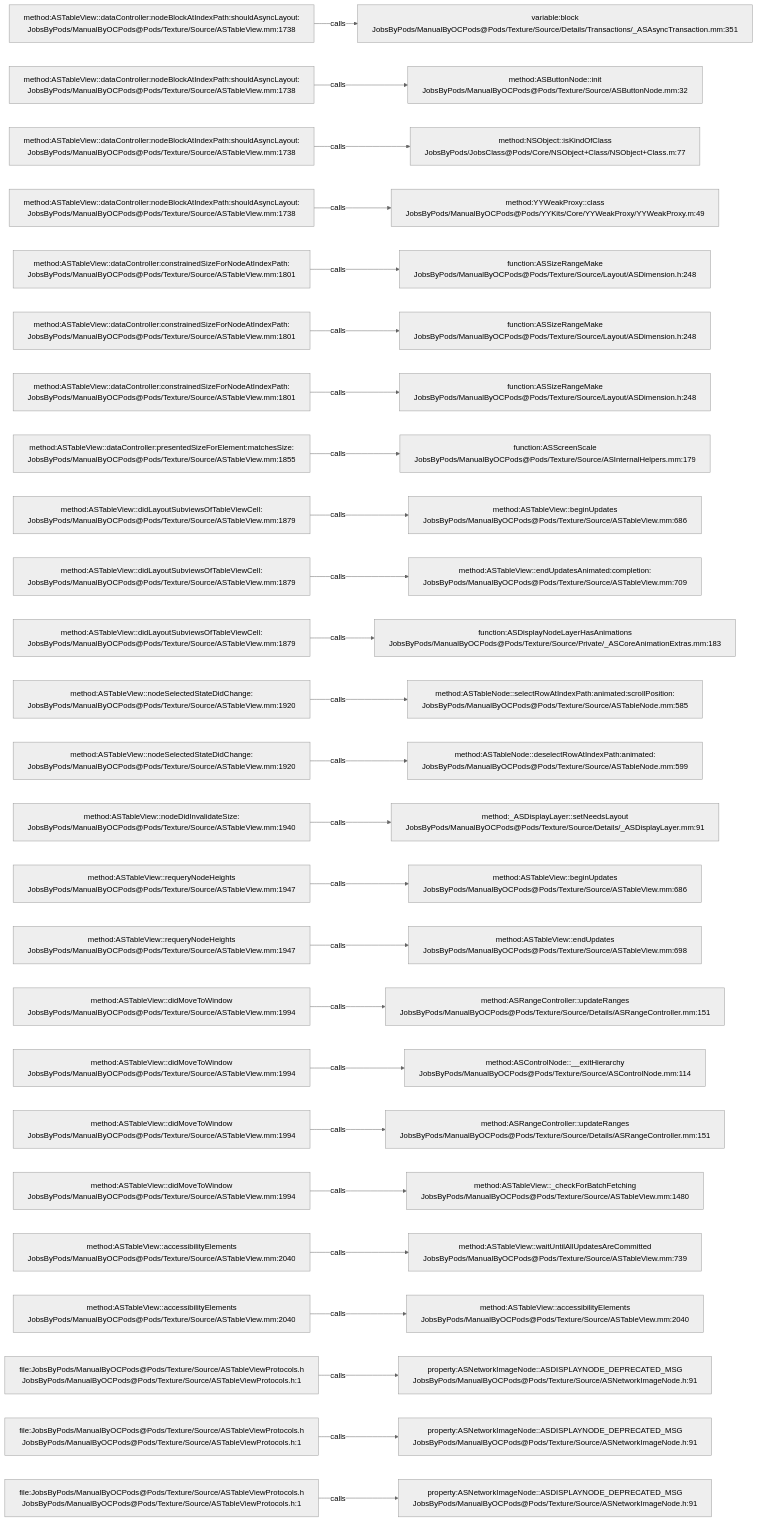
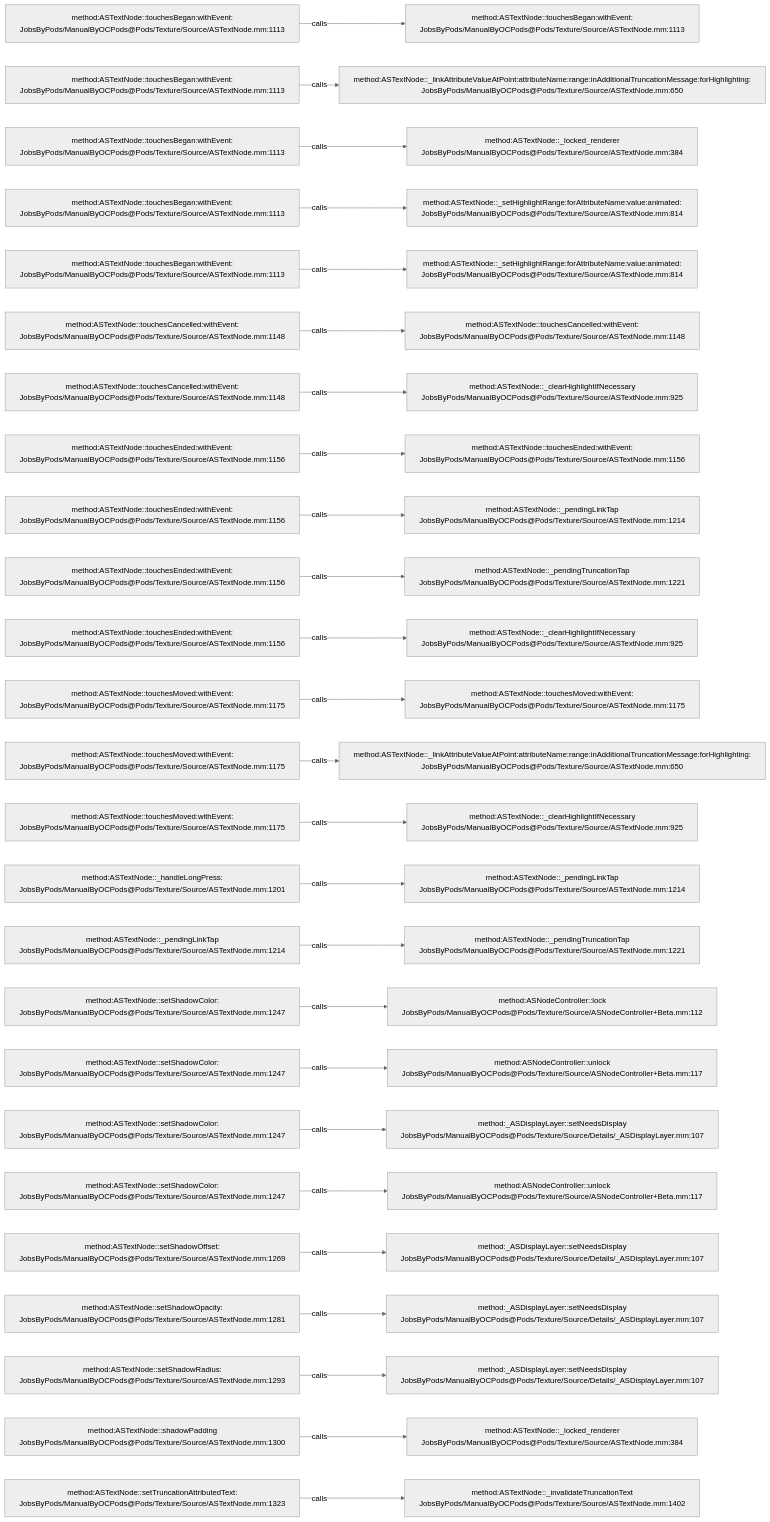
Before and after one commit to JobsKits/JobsOCBaseConfigDemo: the diagram in .codegraph/codegraph.md/graphs/calls-129.md, drawn with Mermaid (neutral theme). The commit also changed 1448 other files, not shown here.

````diff
--- a/.codegraph/codegraph.md/graphs/calls-129.md
+++ b/.codegraph/codegraph.md/graphs/calls-129.md
@@ -13,78 +13,78 @@
 ```mermaid
 flowchart LR
-  S1["method:ASTableView::dataController:nodeBlockAtIndexPath:shouldAsyncLayout:<br/>JobsByPods/ManualByOCPods@Pods/Texture/Source/ASTableView.mm:1738"]
-  T1["variable:block<br/>JobsByPods/ManualByOCPods@Pods/Texture/Source/Details/Transactions/_ASAsyncTransaction.mm:351"]
+  S1["method:ASTextNode::touchesBegan:withEvent:<br/>JobsByPods/ManualByOCPods@Pods/Texture/Source/ASTextNode.mm:1113"]
+  T1["method:ASTextNode::touchesBegan:withEvent:<br/>JobsByPods/ManualByOCPods@Pods/Texture/Source/ASTextNode.mm:1113"]
   S1 -->|calls| T1
-  S2["method:ASTableView::dataController:nodeBlockAtIndexPath:shouldAsyncLayout:<br/>JobsByPods/ManualByOCPods@Pods/Texture/Source/ASTableView.mm:1738"]
-  T2["method:ASButtonNode::init<br/>JobsByPods/ManualByOCPods@Pods/Texture/Source/ASButtonNode.mm:32"]
+  S2["method:ASTextNode::touchesBegan:withEvent:<br/>JobsByPods/ManualByOCPods@Pods/Texture/Source/ASTextNode.mm:1113"]
+  T2["method:ASTextNode::_linkAttributeValueAtPoint:attributeName:range:inAdditionalTruncationMessage:forHighlighting:<br/>JobsByPods/ManualByOCPods@Pods/Texture/Source/ASTextNode.mm:650"]
   S2 -->|calls| T2
-  S3["method:ASTableView::dataController:nodeBlockAtIndexPath:shouldAsyncLayout:<br/>JobsByPods/ManualByOCPods@Pods/Texture/Source/ASTableView.mm:1738"]
-  T3["method:NSObject::isKindOfClass<br/>JobsByPods/JobsClass@Pods/Core/NSObject+Class/NSObject+Class.m:77"]
+  S3["method:ASTextNode::touchesBegan:withEvent:<br/>JobsByPods/ManualByOCPods@Pods/Texture/Source/ASTextNode.mm:1113"]
+  T3["method:ASTextNode::_locked_renderer<br/>JobsByPods/ManualByOCPods@Pods/Texture/Source/ASTextNode.mm:384"]
   S3 -->|calls| T3
-  S4["method:ASTableView::dataController:nodeBlockAtIndexPath:shouldAsyncLayout:<br/>JobsByPods/ManualByOCPods@Pods/Texture/Source/ASTableView.mm:1738"]
-  T4["method:YYWeakProxy::class<br/>JobsByPods/ManualByOCPods@Pods/YYKits/Core/YYWeakProxy/YYWeakProxy.m:49"]
+  S4["method:ASTextNode::touchesBegan:withEvent:<br/>JobsByPods/ManualByOCPods@Pods/Texture/Source/ASTextNode.mm:1113"]
+  T4["method:ASTextNode::_setHighlightRange:forAttributeName:value:animated:<br/>JobsByPods/ManualByOCPods@Pods/Texture/Source/ASTextNode.mm:814"]
   S4 -->|calls| T4
-  S5["method:ASTableView::dataController:constrainedSizeForNodeAtIndexPath:<br/>JobsByPods/ManualByOCPods@Pods/Texture/Source/ASTableView.mm:1801"]
-  T5["function:ASSizeRangeMake<br/>JobsByPods/ManualByOCPods@Pods/Texture/Source/Layout/ASDimension.h:248"]
+  S5["method:ASTextNode::touchesBegan:withEvent:<br/>JobsByPods/ManualByOCPods@Pods/Texture/Source/ASTextNode.mm:1113"]
+  T5["method:ASTextNode::_setHighlightRange:forAttributeName:value:animated:<br/>JobsByPods/ManualByOCPods@Pods/Texture/Source/ASTextNode.mm:814"]
   S5 -->|calls| T5
-  S6["method:ASTableView::dataController:constrainedSizeForNodeAtIndexPath:<br/>JobsByPods/ManualByOCPods@Pods/Texture/Source/ASTableView.mm:1801"]
-  T6["function:ASSizeRangeMake<br/>JobsByPods/ManualByOCPods@Pods/Texture/Source/Layout/ASDimension.h:248"]
+  S6["method:ASTextNode::touchesCancelled:withEvent:<br/>JobsByPods/ManualByOCPods@Pods/Texture/Source/ASTextNode.mm:1148"]
+  T6["method:ASTextNode::touchesCancelled:withEvent:<br/>JobsByPods/ManualByOCPods@Pods/Texture/Source/ASTextNode.mm:1148"]
   S6 -->|calls| T6
-  S7["method:ASTableView::dataController:constrainedSizeForNodeAtIndexPath:<br/>JobsByPods/ManualByOCPods@Pods/Texture/Source/ASTableView.mm:1801"]
-  T7["function:ASSizeRangeMake<br/>JobsByPods/ManualByOCPods@Pods/Texture/Source/Layout/ASDimension.h:248"]
+  S7["method:ASTextNode::touchesCancelled:withEvent:<br/>JobsByPods/ManualByOCPods@Pods/Texture/Source/ASTextNode.mm:1148"]
+  T7["method:ASTextNode::_clearHighlightIfNecessary<br/>JobsByPods/ManualByOCPods@Pods/Texture/Source/ASTextNode.mm:925"]
   S7 -->|calls| T7
-  S8["method:ASTableView::dataController:presentedSizeForElement:matchesSize:<br/>JobsByPods/ManualByOCPods@Pods/Texture/Source/ASTableView.mm:1855"]
-  T8["function:ASScreenScale<br/>JobsByPods/ManualByOCPods@Pods/Texture/Source/ASInternalHelpers.mm:179"]
+  S8["method:ASTextNode::touchesEnded:withEvent:<br/>JobsByPods/ManualByOCPods@Pods/Texture/Source/ASTextNode.mm:1156"]
+  T8["method:ASTextNode::touchesEnded:withEvent:<br/>JobsByPods/ManualByOCPods@Pods/Texture/Source/ASTextNode.mm:1156"]
   S8 -->|calls| T8
-  S9["method:ASTableView::didLayoutSubviewsOfTableViewCell:<br/>JobsByPods/ManualByOCPods@Pods/Texture/Source/ASTableView.mm:1879"]
-  T9["method:ASTableView::beginUpdates<br/>JobsByPods/ManualByOCPods@Pods/Texture/Source/ASTableView.mm:686"]
+  S9["method:ASTextNode::touchesEnded:withEvent:<br/>JobsByPods/ManualByOCPods@Pods/Texture/Source/ASTextNode.mm:1156"]
+  T9["method:ASTextNode::_pendingLinkTap<br/>JobsByPods/ManualByOCPods@Pods/Texture/Source/ASTextNode.mm:1214"]
   S9 -->|calls| T9
-  S10["method:ASTableView::didLayoutSubviewsOfTableViewCell:<br/>JobsByPods/ManualByOCPods@Pods/Texture/Source/ASTableView.mm:1879"]
-  T10["method:ASTableView::endUpdatesAnimated:completion:<br/>JobsByPods/ManualByOCPods@Pods/Texture/Source/ASTableView.mm:709"]
+  S10["method:ASTextNode::touchesEnded:withEvent:<br/>JobsByPods/ManualByOCPods@Pods/Texture/Source/ASTextNode.mm:1156"]
+  T10["method:ASTextNode::_pendingTruncationTap<br/>JobsByPods/ManualByOCPods@Pods/Texture/Source/ASTextNode.mm:1221"]
   S10 -->|calls| T10
-  S11["method:ASTableView::didLayoutSubviewsOfTableViewCell:<br/>JobsByPods/ManualByOCPods@Pods/Texture/Source/ASTableView.mm:1879"]
-  T11["function:ASDisplayNodeLayerHasAnimations<br/>JobsByPods/ManualByOCPods@Pods/Texture/Source/Private/_ASCoreAnimationExtras.mm:183"]
+  S11["method:ASTextNode::touchesEnded:withEvent:<br/>JobsByPods/ManualByOCPods@Pods/Texture/Source/ASTextNode.mm:1156"]
+  T11["method:ASTextNode::_clearHighlightIfNecessary<br/>JobsByPods/ManualByOCPods@Pods/Texture/Source/ASTextNode.mm:925"]
   S11 -->|calls| T11
-  S12["method:ASTableView::nodeSelectedStateDidChange:<br/>JobsByPods/ManualByOCPods@Pods/Texture/Source/ASTableView.mm:1920"]
-  T12["method:ASTableNode::selectRowAtIndexPath:animated:scrollPosition:<br/>JobsByPods/ManualByOCPods@Pods/Texture/Source/ASTableNode.mm:585"]
+  S12["method:ASTextNode::touchesMoved:withEvent:<br/>JobsByPods/ManualByOCPods@Pods/Texture/Source/ASTextNode.mm:1175"]
+  T12["method:ASTextNode::touchesMoved:withEvent:<br/>JobsByPods/ManualByOCPods@Pods/Texture/Source/ASTextNode.mm:1175"]
   S12 -->|calls| T12
-  S13["method:ASTableView::nodeSelectedStateDidChange:<br/>JobsByPods/ManualByOCPods@Pods/Texture/Source/ASTableView.mm:1920"]
-  T13["method:ASTableNode::deselectRowAtIndexPath:animated:<br/>JobsByPods/ManualByOCPods@Pods/Texture/Source/ASTableNode.mm:599"]
+  S13["method:ASTextNode::touchesMoved:withEvent:<br/>JobsByPods/ManualByOCPods@Pods/Texture/Source/ASTextNode.mm:1175"]
+  T13["method:ASTextNode::_linkAttributeValueAtPoint:attributeName:range:inAdditionalTruncationMessage:forHighlighting:<br/>JobsByPods/ManualByOCPods@Pods/Texture/Source/ASTextNode.mm:650"]
   S13 -->|calls| T13
-  S14["method:ASTableView::nodeDidInvalidateSize:<br/>JobsByPods/ManualByOCPods@Pods/Texture/Source/ASTableView.mm:1940"]
-  T14["method:_ASDisplayLayer::setNeedsLayout<br/>JobsByPods/ManualByOCPods@Pods/Texture/Source/Details/_ASDisplayLayer.mm:91"]
+  S14["method:ASTextNode::touchesMoved:withEvent:<br/>JobsByPods/ManualByOCPods@Pods/Texture/Source/ASTextNode.mm:1175"]
+  T14["method:ASTextNode::_clearHighlightIfNecessary<br/>JobsByPods/ManualByOCPods@Pods/Texture/Source/ASTextNode.mm:925"]
   S14 -->|calls| T14
-  S15["method:ASTableView::requeryNodeHeights<br/>JobsByPods/ManualByOCPods@Pods/Texture/Source/ASTableView.mm:1947"]
-  T15["method:ASTableView::beginUpdates<br/>JobsByPods/ManualByOCPods@Pods/Texture/Source/ASTableView.mm:686"]
+  S15["method:ASTextNode::_handleLongPress:<br/>JobsByPods/ManualByOCPods@Pods/Texture/Source/ASTextNode.mm:1201"]
+  T15["method:ASTextNode::_pendingLinkTap<br/>JobsByPods/ManualByOCPods@Pods/Texture/Source/ASTextNode.mm:1214"]
   S15 -->|calls| T15
-  S16["method:ASTableView::requeryNodeHeights<br/>JobsByPods/ManualByOCPods@Pods/Texture/Source/ASTableView.mm:1947"]
-  T16["method:ASTableView::endUpdates<br/>JobsByPods/ManualByOCPods@Pods/Texture/Source/ASTableView.mm:698"]
+  S16["method:ASTextNode::_pendingLinkTap<br/>JobsByPods/ManualByOCPods@Pods/Texture/Source/ASTextNode.mm:1214"]
+  T16["method:ASTextNode::_pendingTruncationTap<br/>JobsByPods/ManualByOCPods@Pods/Texture/Source/ASTextNode.mm:1221"]
   S16 -->|calls| T16
-  S17["method:ASTableView::didMoveToWindow<br/>JobsByPods/ManualByOCPods@Pods/Texture/Source/ASTableView.mm:1994"]
-  T17["method:ASRangeController::updateRanges<br/>JobsByPods/ManualByOCPods@Pods/Texture/Source/Details/ASRangeController.mm:151"]
+  S17["method:ASTextNode::setShadowColor:<br/>JobsByPods/ManualByOCPods@Pods/Texture/Source/ASTextNode.mm:1247"]
+  T17["method:ASNodeController::lock<br/>JobsByPods/ManualByOCPods@Pods/Texture/Source/ASNodeController+Beta.mm:112"]
   S17 -->|calls| T17
-  S18["method:ASTableView::didMoveToWindow<br/>JobsByPods/ManualByOCPods@Pods/Texture/Source/ASTableView.mm:1994"]
-  T18["method:ASControlNode::__exitHierarchy<br/>JobsByPods/ManualByOCPods@Pods/Texture/Source/ASControlNode.mm:114"]
+  S18["method:ASTextNode::setShadowColor:<br/>JobsByPods/ManualByOCPods@Pods/Texture/Source/ASTextNode.mm:1247"]
+  T18["method:ASNodeController::unlock<br/>JobsByPods/ManualByOCPods@Pods/Texture/Source/ASNodeController+Beta.mm:117"]
   S18 -->|calls| T18
-  S19["method:ASTableView::didMoveToWindow<br/>JobsByPods/ManualByOCPods@Pods/Texture/Source/ASTableView.mm:1994"]
-  T19["method:ASRangeController::updateRanges<br/>JobsByPods/ManualByOCPods@Pods/Texture/Source/Details/ASRangeController.mm:151"]
+  S19["method:ASTextNode::setShadowColor:<br/>JobsByPods/ManualByOCPods@Pods/Texture/Source/ASTextNode.mm:1247"]
+  T19["method:_ASDisplayLayer::setNeedsDisplay<br/>JobsByPods/ManualByOCPods@Pods/Texture/Source/Details/_ASDisplayLayer.mm:107"]
   S19 -->|calls| T19
-  S20["method:ASTableView::didMoveToWindow<br/>JobsByPods/ManualByOCPods@Pods/Texture/Source/ASTableView.mm:1994"]
-  T20["method:ASTableView::_checkForBatchFetching<br/>JobsByPods/ManualByOCPods@Pods/Texture/Source/ASTableView.mm:1480"]
+  S20["method:ASTextNode::setShadowColor:<br/>JobsByPods/ManualByOCPods@Pods/Texture/Source/ASTextNode.mm:1247"]
+  T20["method:ASNodeController::unlock<br/>JobsByPods/ManualByOCPods@Pods/Texture/Source/ASNodeController+Beta.mm:117"]
   S20 -->|calls| T20
-  S21["method:ASTableView::accessibilityElements<br/>JobsByPods/ManualByOCPods@Pods/Texture/Source/ASTableView.mm:2040"]
-  T21["method:ASTableView::waitUntilAllUpdatesAreCommitted<br/>JobsByPods/ManualByOCPods@Pods/Texture/Source/ASTableView.mm:739"]
+  S21["method:ASTextNode::setShadowOffset:<br/>JobsByPods/ManualByOCPods@Pods/Texture/Source/ASTextNode.mm:1269"]
+  T21["method:_ASDisplayLayer::setNeedsDisplay<br/>JobsByPods/ManualByOCPods@Pods/Texture/Source/Details/_ASDisplayLayer.mm:107"]
   S21 -->|calls| T21
-  S22["method:ASTableView::accessibilityElements<br/>JobsByPods/ManualByOCPods@Pods/Texture/Source/ASTableView.mm:2040"]
-  T22["method:ASTableView::accessibilityElements<br/>JobsByPods/ManualByOCPods@Pods/Texture/Source/ASTableView.mm:2040"]
+  S22["method:ASTextNode::setShadowOpacity:<br/>JobsByPods/ManualByOCPods@Pods/Texture/Source/ASTextNode.mm:1281"]
+  T22["method:_ASDisplayLayer::setNeedsDisplay<br/>JobsByPods/ManualByOCPods@Pods/Texture/Source/Details/_ASDisplayLayer.mm:107"]
   S22 -->|calls| T22
-  S23["file:JobsByPods/ManualByOCPods@Pods/Texture/Source/ASTableViewProtocols.h<br/>JobsByPods/ManualByOCPods@Pods/Texture/Source/ASTableViewProtocols.h:1"]
-  T23["property:ASNetworkImageNode::ASDISPLAYNODE_DEPRECATED_MSG<br/>JobsByPods/ManualByOCPods@Pods/Texture/Source/ASNetworkImageNode.h:91"]
+  S23["method:ASTextNode::setShadowRadius:<br/>JobsByPods/ManualByOCPods@Pods/Texture/Source/ASTextNode.mm:1293"]
+  T23["method:_ASDisplayLayer::setNeedsDisplay<br/>JobsByPods/ManualByOCPods@Pods/Texture/Source/Details/_ASDisplayLayer.mm:107"]
   S23 -->|calls| T23
-  S24["file:JobsByPods/ManualByOCPods@Pods/Texture/Source/ASTableViewProtocols.h<br/>JobsByPods/ManualByOCPods@Pods/Texture/Source/ASTableViewProtocols.h:1"]
-  T24["property:ASNetworkImageNode::ASDISPLAYNODE_DEPRECATED_MSG<br/>JobsByPods/ManualByOCPods@Pods/Texture/Source/ASNetworkImageNode.h:91"]
+  S24["method:ASTextNode::shadowPadding<br/>JobsByPods/ManualByOCPods@Pods/Texture/Source/ASTextNode.mm:1300"]
+  T24["method:ASTextNode::_locked_renderer<br/>JobsByPods/ManualByOCPods@Pods/Texture/Source/ASTextNode.mm:384"]
   S24 -->|calls| T24
-  S25["file:JobsByPods/ManualByOCPods@Pods/Texture/Source/ASTableViewProtocols.h<br/>JobsByPods/ManualByOCPods@Pods/Texture/Source/ASTableViewProtocols.h:1"]
-  T25["property:ASNetworkImageNode::ASDISPLAYNODE_DEPRECATED_MSG<br/>JobsByPods/ManualByOCPods@Pods/Texture/Source/ASNetworkImageNode.h:91"]
+  S25["method:ASTextNode::setTruncationAttributedText:<br/>JobsByPods/ManualByOCPods@Pods/Texture/Source/ASTextNode.mm:1323"]
+  T25["method:ASTextNode::_invalidateTruncationText<br/>JobsByPods/ManualByOCPods@Pods/Texture/Source/ASTextNode.mm:1402"]
   S25 -->|calls| T25
 ```
````
